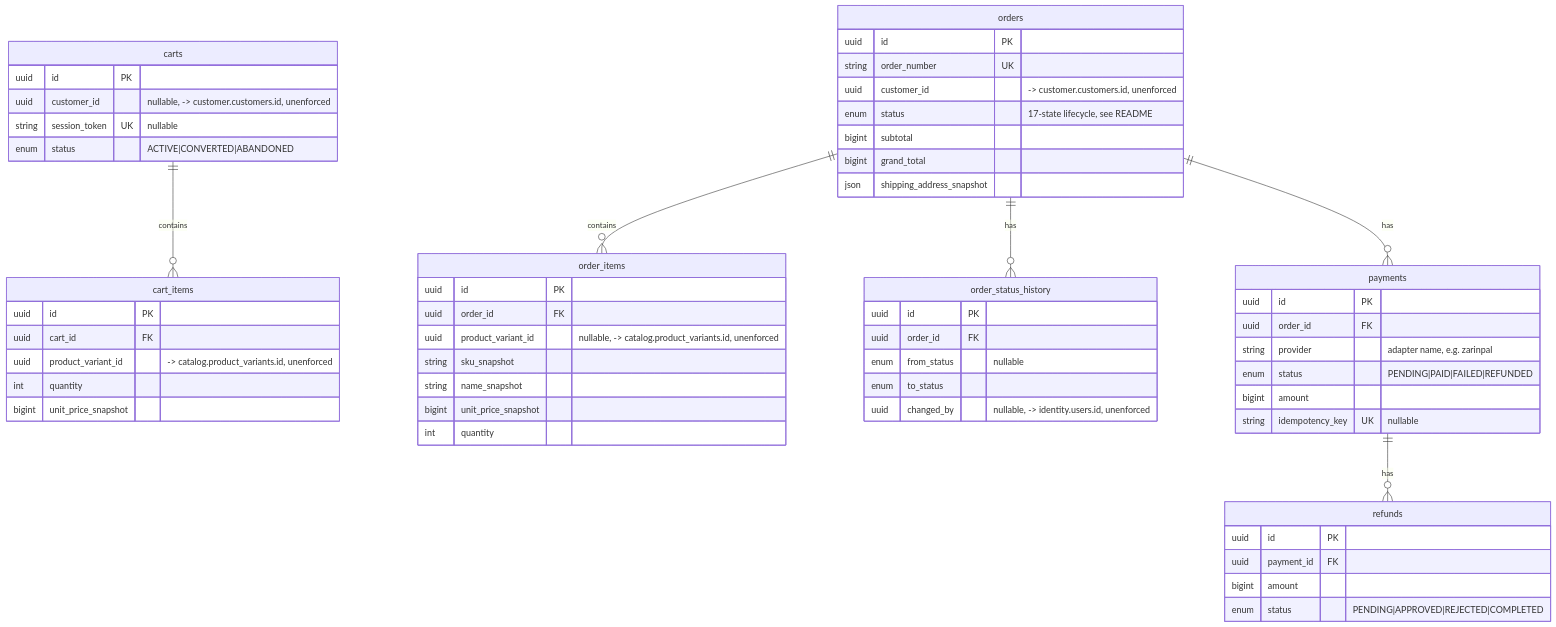
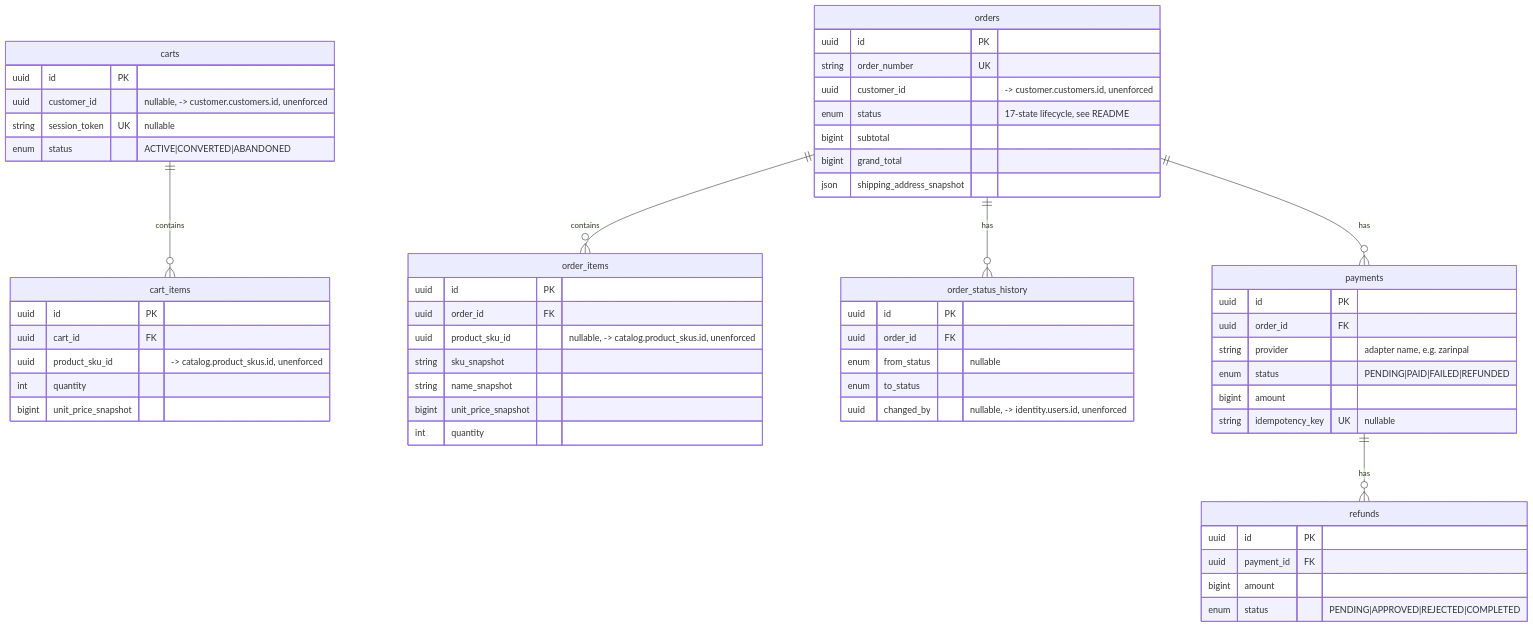
One commit to HuseinHbz/Didar changed the sixth of 12 diagrams in docs/database/erd.md. Above: the diagram before and after it, drawn with Mermaid. The commit also changed other lines of this file and 12 other files, not shown here.

````diff
--- a/docs/database/erd.md
+++ b/docs/database/erd.md
@@ -370,61 +425,61 @@
 ```mermaid
 erDiagram
     carts ||--o{ cart_items : contains
     orders ||--o{ order_items : contains
     orders ||--o{ order_status_history : has
     orders ||--o{ payments : has
     payments ||--o{ refunds : has
 
     carts {
         uuid id PK
         uuid customer_id "nullable, -> customer.customers.id, unenforced"
         string session_token UK "nullable"
         enum status "ACTIVE|CONVERTED|ABANDONED"
     }
     cart_items {
         uuid id PK
         uuid cart_id FK
-        uuid product_variant_id "-> catalog.product_variants.id, unenforced"
+        uuid product_sku_id "-> catalog.product_skus.id, unenforced"
         int quantity
         bigint unit_price_snapshot
     }
     orders {
         uuid id PK
         string order_number UK
         uuid customer_id "-> customer.customers.id, unenforced"
         enum status "17-state lifecycle, see README"
         bigint subtotal
         bigint grand_total
         json shipping_address_snapshot
     }
     order_items {
         uuid id PK
         uuid order_id FK
-        uuid product_variant_id "nullable, -> catalog.product_variants.id, unenforced"
+        uuid product_sku_id "nullable, -> catalog.product_skus.id, unenforced"
         string sku_snapshot
         string name_snapshot
         bigint unit_price_snapshot
         int quantity
     }
     order_status_history {
         uuid id PK
         uuid order_id FK
         enum from_status "nullable"
         enum to_status
         uuid changed_by "nullable, -> identity.users.id, unenforced"
     }
     payments {
         uuid id PK
         uuid order_id FK
         string provider "adapter name, e.g. zarinpal"
         enum status "PENDING|PAID|FAILED|REFUNDED"
         bigint amount
         string idempotency_key UK "nullable"
     }
     refunds {
         uuid id PK
         uuid payment_id FK
         bigint amount
         enum status "PENDING|APPROVED|REJECTED|COMPLETED"
     }
 ```
````
